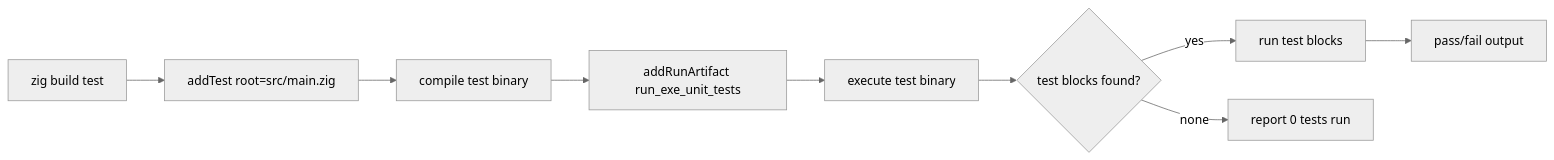
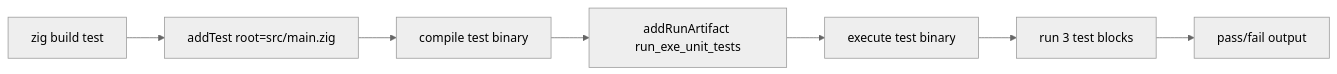
The third of 5 diagrams in specs/specifications/workflows.md (bfernandez31/death-note), drawn with Mermaid (neutral theme) before and after one commit. The commit also changed other lines of this file and 4 other files, not shown here.

````diff
--- a/specs/specifications/workflows.md
+++ b/specs/specifications/workflows.md
@@ -121,11 +135,9 @@
 ```mermaid
 graph LR
     A[zig build test] --> B[addTest root=src/main.zig]
     B --> C[compile test binary]
     C --> D[addRunArtifact run_exe_unit_tests]
     D --> E[execute test binary]
-    E --> F{test blocks found?}
-    F -- yes --> G[run test blocks]
-    F -- none --> H[report 0 tests run]
-    G --> I[pass/fail output]
+    E --> F[run 3 test blocks]
+    F --> G[pass/fail output]
 ```
````
